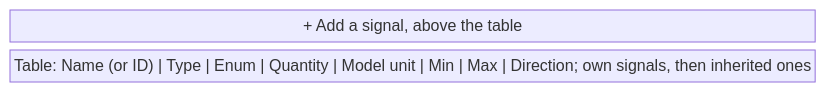
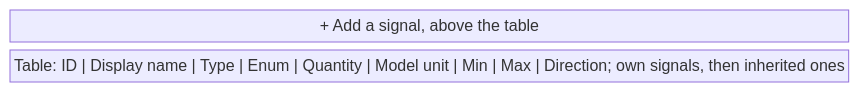
One commit to AlexandreGallais/synoptic-studio-spec changed the fifth of 13 diagrams in screens/metadata.md. Above: the diagram before and after it, drawn with Mermaid. The commit also changed other lines of this file and 15 other files, not shown here.

First line of the commit message:
docs(spec): merge faceplate into presets and add signal display name

````diff
--- a/screens/metadata.md
+++ b/screens/metadata.md
@@ -155,6 +154,6 @@
 ```mermaid
 block-beta
     columns 1
     add["+ Add a signal, above the table"]
-    table["Table: Name (or ID) | Type | Enum | Quantity | Model unit | Min | Max | Direction; own signals, then inherited ones"]
+    table["Table: ID | Display name | Type | Enum | Quantity | Model unit | Min | Max | Direction; own signals, then inherited ones"]
 ```
````
